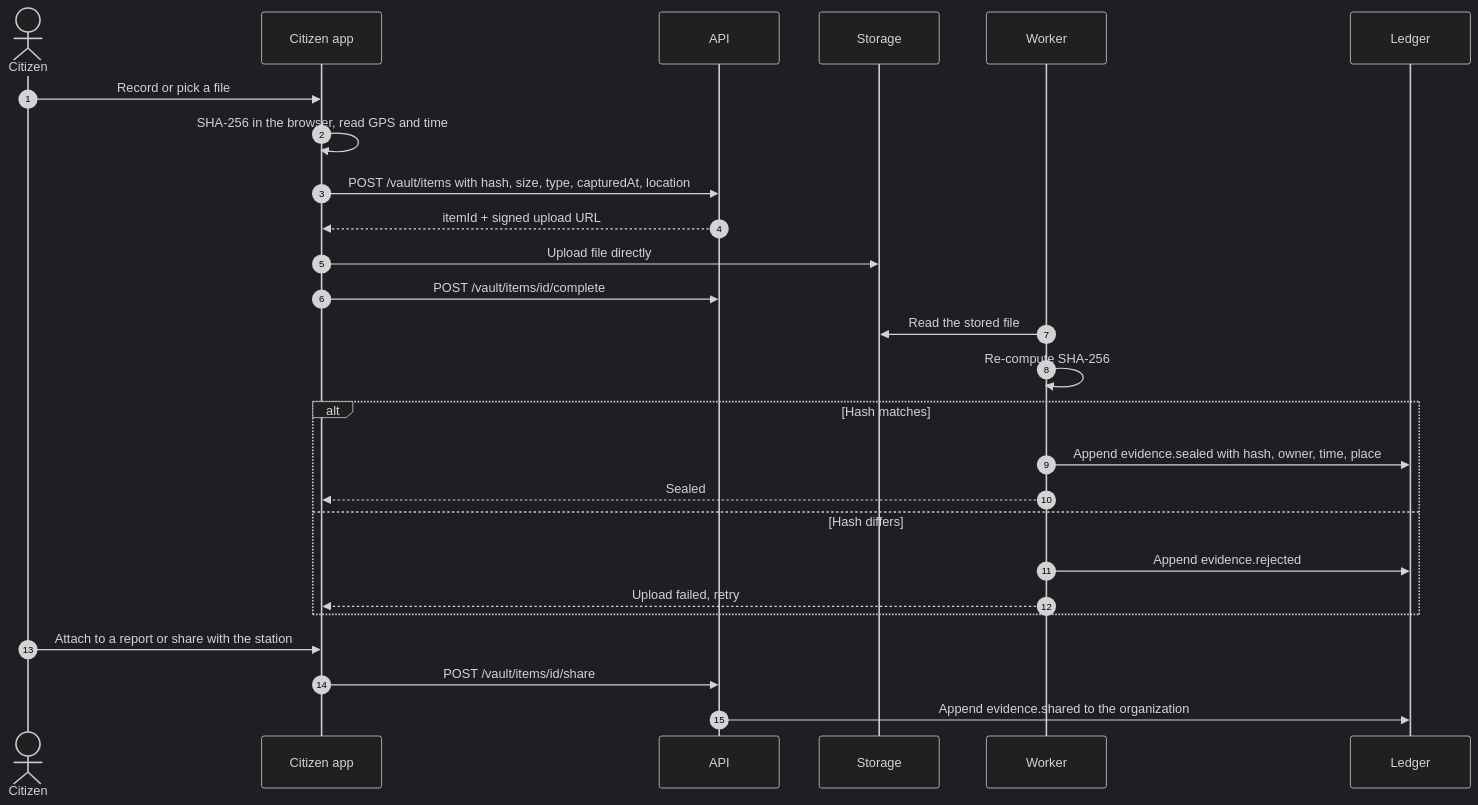
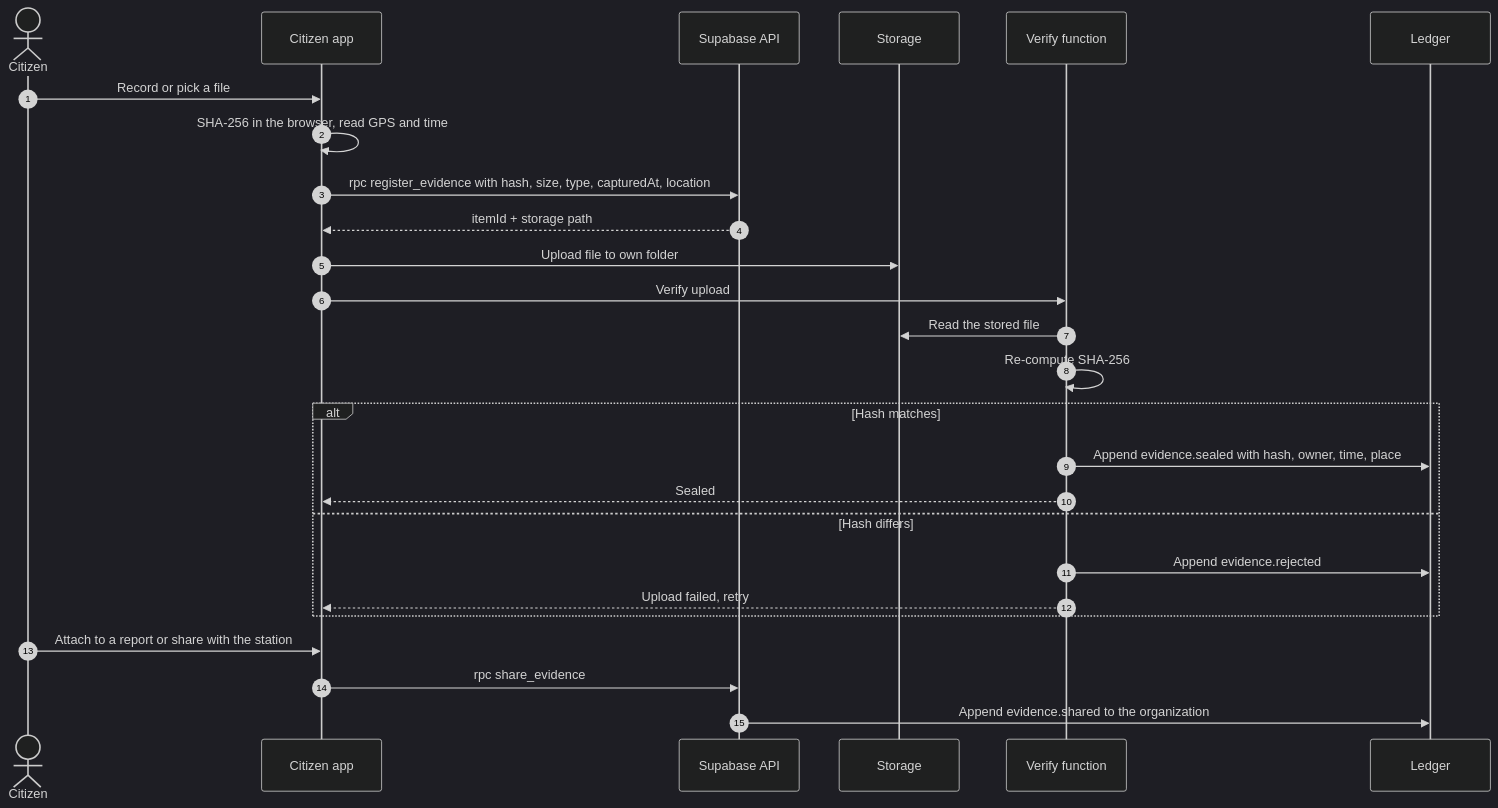
Before and after one commit to snehaa006/women-s-safety-: the eighth of 14 diagrams in docs/03-workflows.md, drawn with Mermaid (dark theme). The commit also changed other lines of this file and 10 other files, not shown here.

````diff
--- a/docs/03-workflows.md
+++ b/docs/03-workflows.md
@@ -246,29 +246,29 @@
 ```mermaid
 sequenceDiagram
   autonumber
   actor U as Citizen
   participant App as Citizen app
-  participant API as API
+  participant API as Supabase API
   participant S as Storage
-  participant W as Worker
+  participant W as Verify function
   participant L as Ledger
 
   U->>App: Record or pick a file
   App->>App: SHA-256 in the browser, read GPS and time
-  App->>API: POST /vault/items with hash, size, type, capturedAt, location
-  API-->>App: itemId + signed upload URL
-  App->>S: Upload file directly
-  App->>API: POST /vault/items/id/complete
+  App->>API: rpc register_evidence with hash, size, type, capturedAt, location
+  API-->>App: itemId + storage path
+  App->>S: Upload file to own folder
+  App->>W: Verify upload
   W->>S: Read the stored file
   W->>W: Re-compute SHA-256
   alt Hash matches
     W->>L: Append evidence.sealed with hash, owner, time, place
     W-->>App: Sealed
   else Hash differs
     W->>L: Append evidence.rejected
     W-->>App: Upload failed, retry
   end
   U->>App: Attach to a report or share with the station
-  App->>API: POST /vault/items/id/share
+  App->>API: rpc share_evidence
   API->>L: Append evidence.shared to the organization
 ```
````
